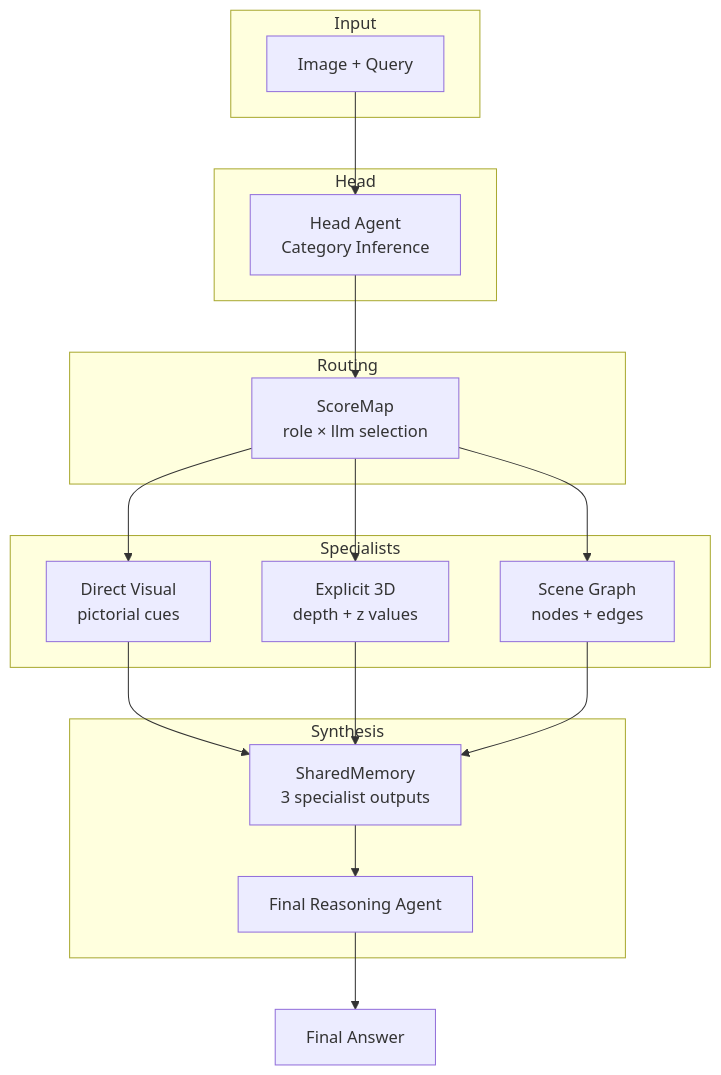
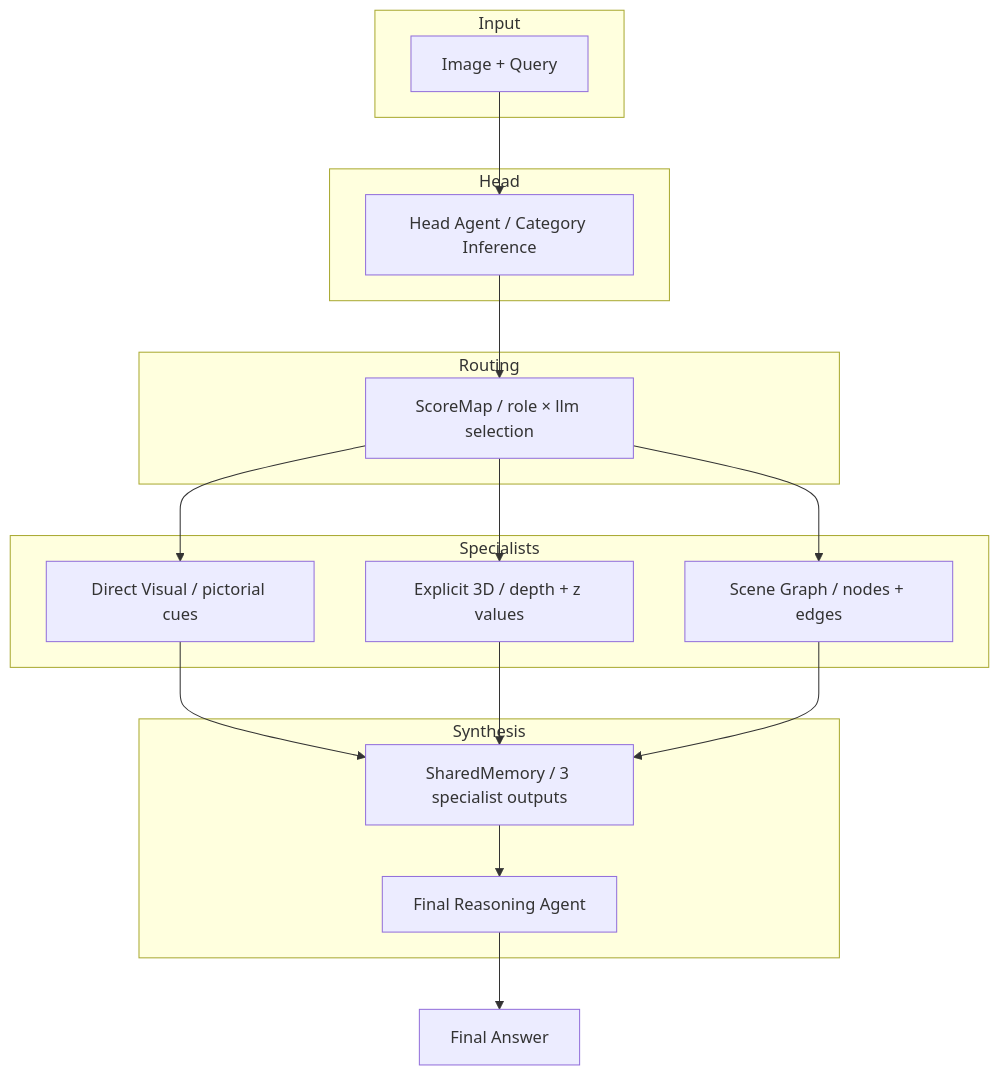
Before and after one commit to CY-H1329/CSWM-Bench: the first of 3 diagrams in docs/GITHUB_ISSUE_APPENDIX_BODY.md, drawn with Mermaid. The commit also changed 5 other files, not shown here.

First line of the commit message:
Fix appendix figures: Toss palette, Mermaid \n, pipeline flow, arrow direction

````diff
--- a/docs/GITHUB_ISSUE_APPENDIX_BODY.md
+++ b/docs/GITHUB_ISSUE_APPENDIX_BODY.md
@@ -13,38 +13,38 @@
 ```mermaid
 flowchart TB
     subgraph Input
         A[Image + Query]
     end
     
     subgraph Head
-        B[Head Agent\nCategory Inference]
+        B["Head Agent / Category Inference"]
     end
     
     subgraph Routing
-        C[ScoreMap\nrole × llm selection]
+        C["ScoreMap / role × llm selection"]
     end
     
     subgraph Specialists
-        D1[Direct Visual\npictorial cues]
-        D2[Explicit 3D\ndepth + z values]
-        D3[Scene Graph\nnodes + edges]
+        D1["Direct Visual / pictorial cues"]
+        D2["Explicit 3D / depth + z values"]
+        D3["Scene Graph / nodes + edges"]
     end
     
     subgraph Synthesis
-        E[SharedMemory\n3 specialist outputs]
+        E["SharedMemory / 3 specialist outputs"]
         F[Final Reasoning Agent]
     end
     
     G[Final Answer]
     
     A --> B
     B --> C
     C --> D1
     C --> D2
     C --> D3
     D1 --> E
     D2 --> E
     D3 --> E
     E --> F
     F --> G
 ```
````
